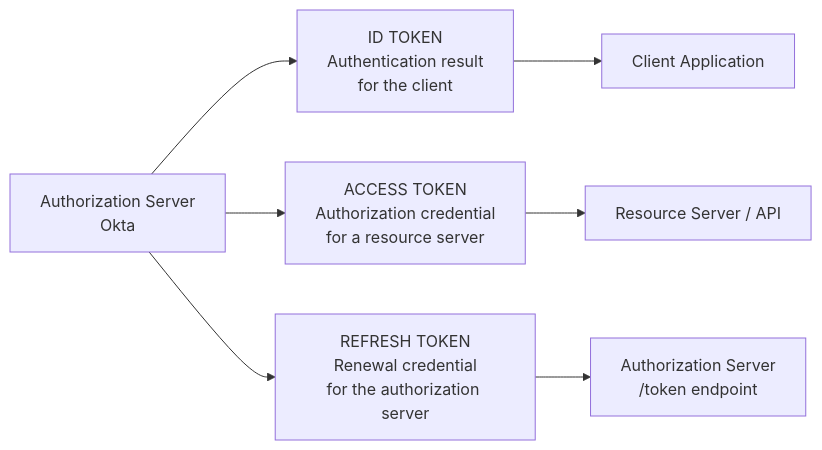
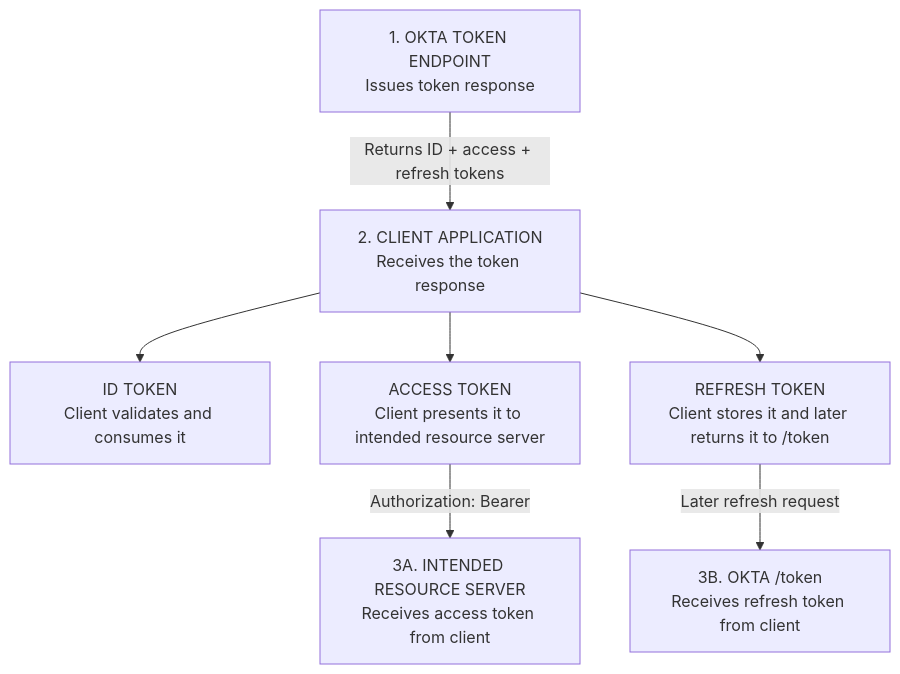
The first of 7 diagrams in diagrams/day-04-token-lifecycle.md (TedxHarry/OAuth-OIDC), drawn with Mermaid before and after one commit. The commit also changed other lines of this file, not shown here.

Commit message:
Fix Day 4 token flow diagrams

```diff
--- a/diagrams/day-04-token-lifecycle.md
+++ b/diagrams/day-04-token-lifecycle.md
@@ -9,16 +9,17 @@
 ~~~mermaid
-flowchart LR
-    O["Authorization Server<br/>Okta"]
+flowchart TB
+    O["1. OKTA TOKEN ENDPOINT<br/>Issues token response"]
+    C["2. CLIENT APPLICATION<br/>Receives the token response"]
 
-    ID["ID TOKEN<br/>Authentication result<br/>for the client"]
-    AT["ACCESS TOKEN<br/>Authorization credential<br/>for a resource server"]
-    RT["REFRESH TOKEN<br/>Renewal credential<br/>for the authorization server"]
+    ID["ID TOKEN<br/>Client validates and consumes it"]
+    AT["ACCESS TOKEN<br/>Client presents it to intended resource server"]
+    RT["REFRESH TOKEN<br/>Client stores it and later returns it to /token"]
 
-    C["Client Application"]
-    API["Resource Server / API"]
-    TOKEN["Authorization Server<br/>/token endpoint"]
+    API["3A. INTENDED RESOURCE SERVER<br/>Receives access token from client"]
+    TOKEN["3B. OKTA /token<br/>Receives refresh token from client"]
 
-    O --> ID --> C
-    O --> AT --> API
-    O --> RT --> TOKEN
+    O -->|"Returns ID + access + refresh tokens"| C
+    C --> ID
+    C --> AT -->|"Authorization: Bearer"| API
+    C --> RT -->|"Later refresh request"| TOKEN
 ~~~
```
